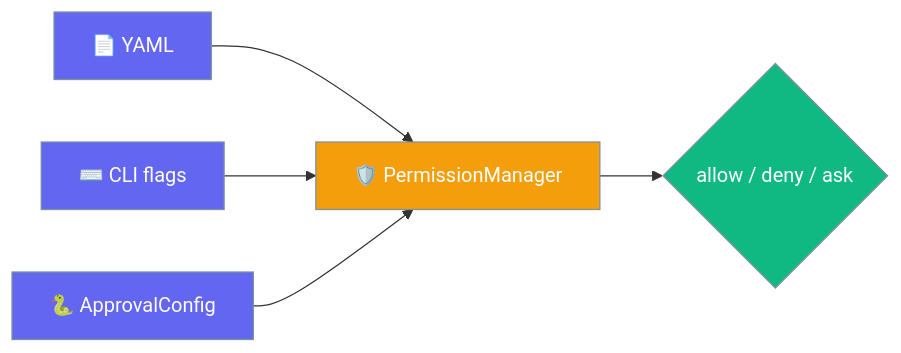
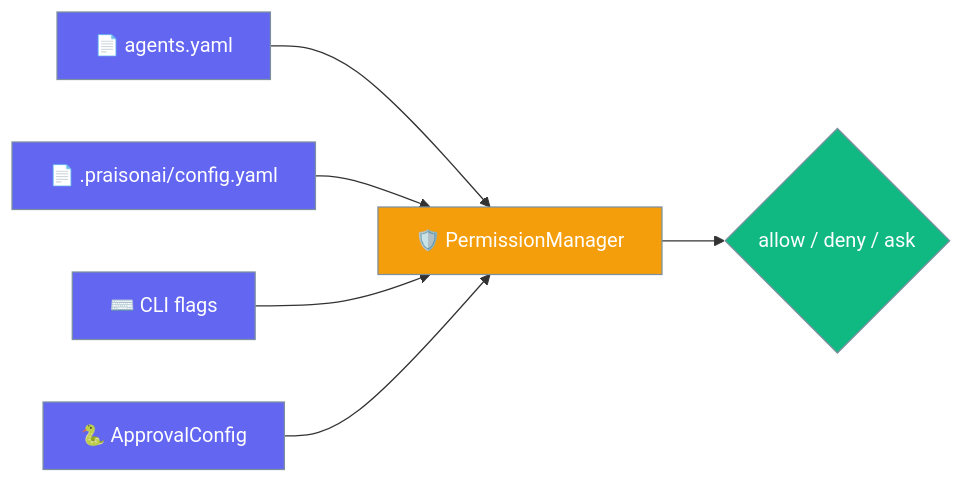
Before and after one commit to MervinPraison/PraisonAIDocs: the first of 2 diagrams in docs/features/declarative-permissions.mdx, drawn with Mermaid. The commit also changed other lines of this file and 8 other files, not shown here.

````diff
--- a/docs/features/declarative-permissions.mdx
+++ b/docs/features/declarative-permissions.mdx
@@ -10,15 +10,16 @@
 ```mermaid
 graph LR
-    YAML[📄 YAML] --> PM[🛡️ PermissionManager]
+    YAML[📄 agents.yaml] --> PM[🛡️ PermissionManager]
+    CFG[📄 .praisonai/config.yaml] --> PM
     CLI[⌨️ CLI flags] --> PM
     PY[🐍 ApprovalConfig] --> PM
     PM --> Decision{allow / deny / ask}
 
     classDef input fill:#6366F1,stroke:#7C90A0,color:#fff
     classDef process fill:#F59E0B,stroke:#7C90A0,color:#fff
     classDef ok fill:#10B981,stroke:#7C90A0,color:#fff
 
-    class YAML,CLI,PY input
+    class YAML,CFG,CLI,PY input
     class PM process
     class Decision ok
 ```
````
